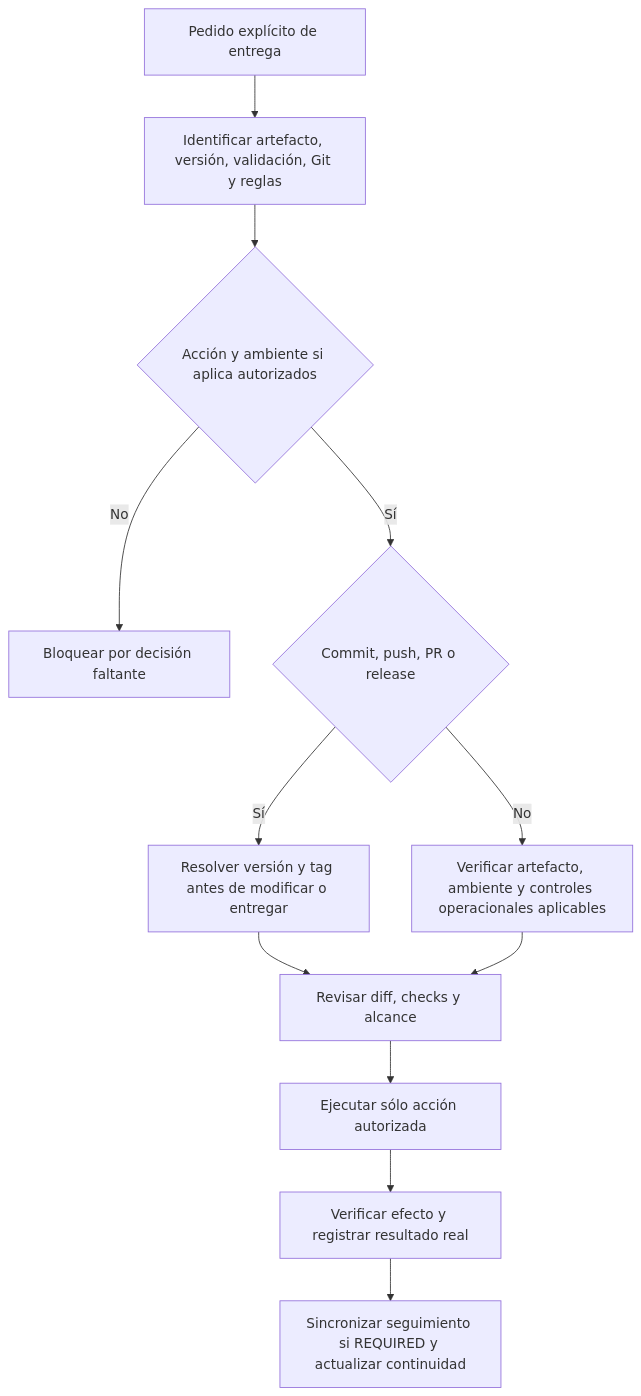
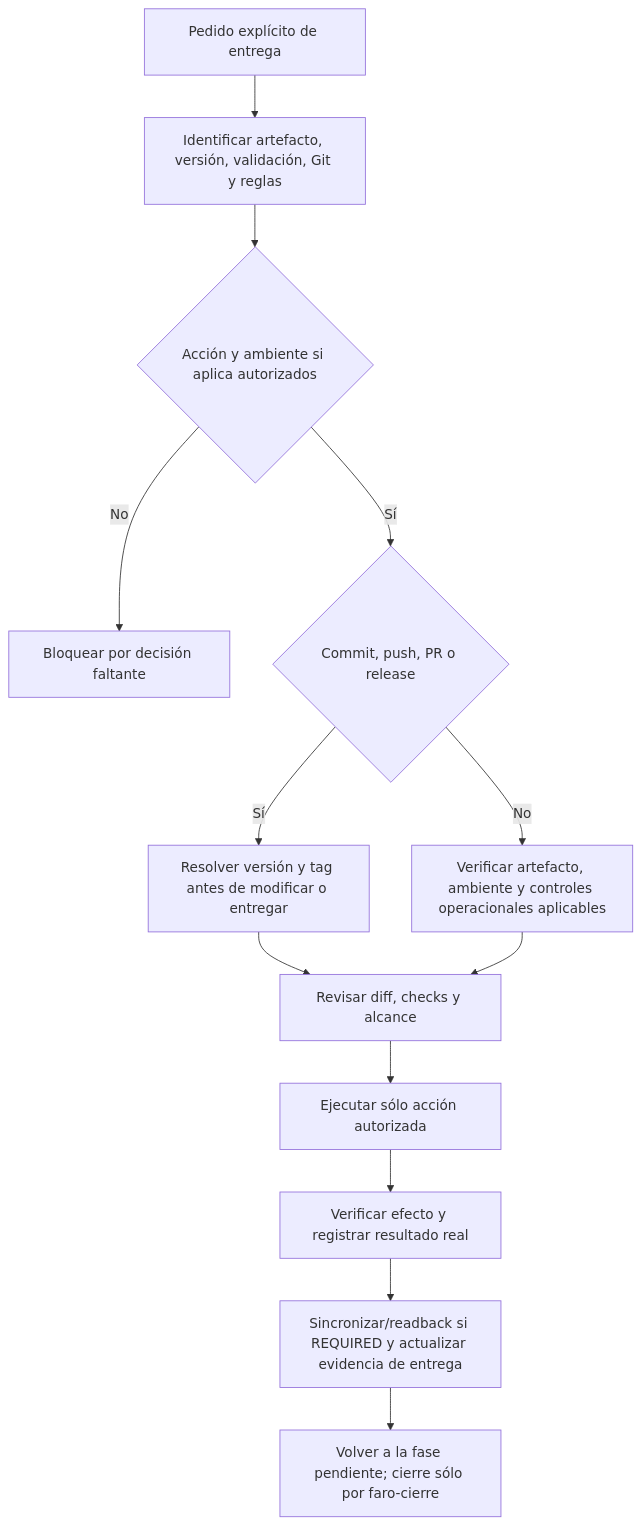
The third of 6 diagrams in docs/flujo-faro/05-integraciones-y-entrega.md (matgro/faro-suite-skills), drawn with Mermaid before and after one commit. The commit also changed other lines of this file and 73 other files, not shown here.

````diff
--- a/docs/flujo-faro/05-integraciones-y-entrega.md
+++ b/docs/flujo-faro/05-integraciones-y-entrega.md
@@ -138,14 +144,15 @@
 ```mermaid
 flowchart TD
     T0["Pedido explícito de entrega"] --> T1["Identificar artefacto, versión, validación, Git y reglas"]
     T1 --> T2{"Acción y ambiente si aplica autorizados"}
     T2 -->|"No"| T3["Bloquear por decisión faltante"]
     T2 -->|"Sí"| T4{"Commit, push, PR o release"}
     T4 -->|"Sí"| T5["Resolver versión y tag antes de modificar o entregar"]
     T4 -->|"No"| T6["Verificar artefacto, ambiente y controles operacionales aplicables"]
     T5 --> T7["Revisar diff, checks y alcance"]
     T6 --> T7
     T7 --> T8["Ejecutar sólo acción autorizada"]
     T8 --> T9["Verificar efecto y registrar resultado real"]
-    T9 --> T10["Sincronizar seguimiento si REQUIRED y actualizar continuidad"]
+    T9 --> T10["Sincronizar/readback si REQUIRED y actualizar evidencia de entrega"]
+    T10 --> T11["Volver a la fase pendiente; cierre sólo por faro-cierre"]
 ```
````
